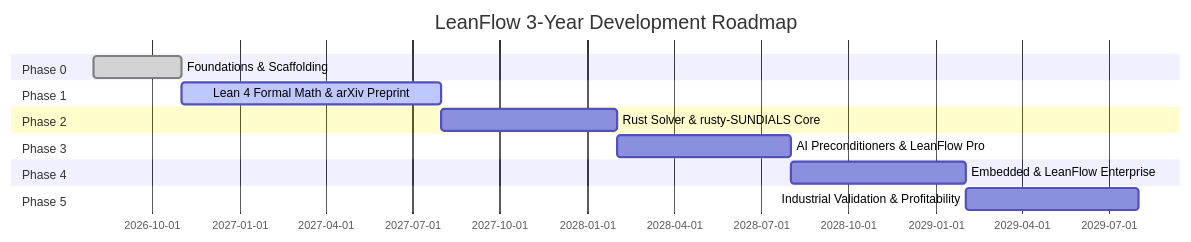
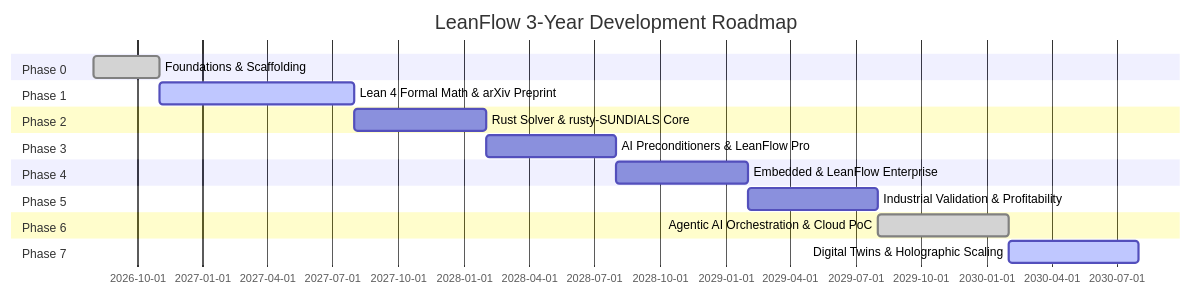
The diagram in ROADMAP.md (xaviercallens/SocrateAI-Numeric-DualScale-Solver), drawn with Mermaid before and after one commit. The commit also changed other lines of this file and 64 other files, not shown here.

````diff
--- a/ROADMAP.md
+++ b/ROADMAP.md
@@ -13,17 +13,21 @@
 ```mermaid
 gantt
     title LeanFlow 3-Year Development Roadmap
     dateFormat  YYYY-MM
     section Phase 0
     Foundations & Scaffolding           :done, 2026-08, 2026-11
     section Phase 1
     Lean 4 Formal Math & arXiv Preprint  :active, 2026-11, 2027-08
     section Phase 2
     Rust Solver & rusty-SUNDIALS Core    :2027-08, 2028-02
     section Phase 3
     AI Preconditioners & LeanFlow Pro    :2028-02, 2028-08
     section Phase 4
     Embedded & LeanFlow Enterprise       :2028-08, 2029-02
     section Phase 5
     Industrial Validation & Profitability:2029-02, 2029-08
+    section Phase 6
+    Agentic AI Orchestration & Cloud PoC :done, 2029-08, 2030-02
+    section Phase 7
+    Digital Twins & Holographic Scaling  :active, 2030-02, 2030-08
 ```
````
